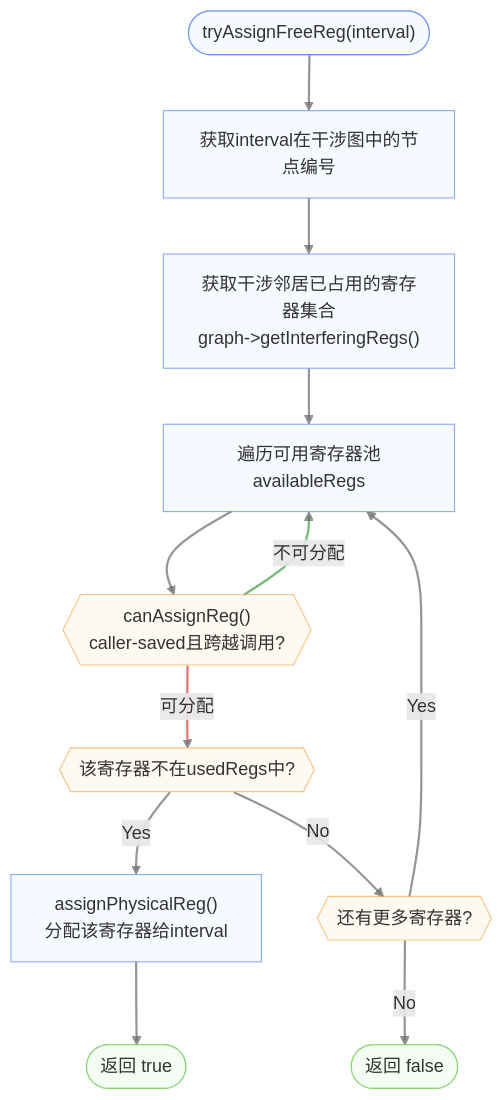
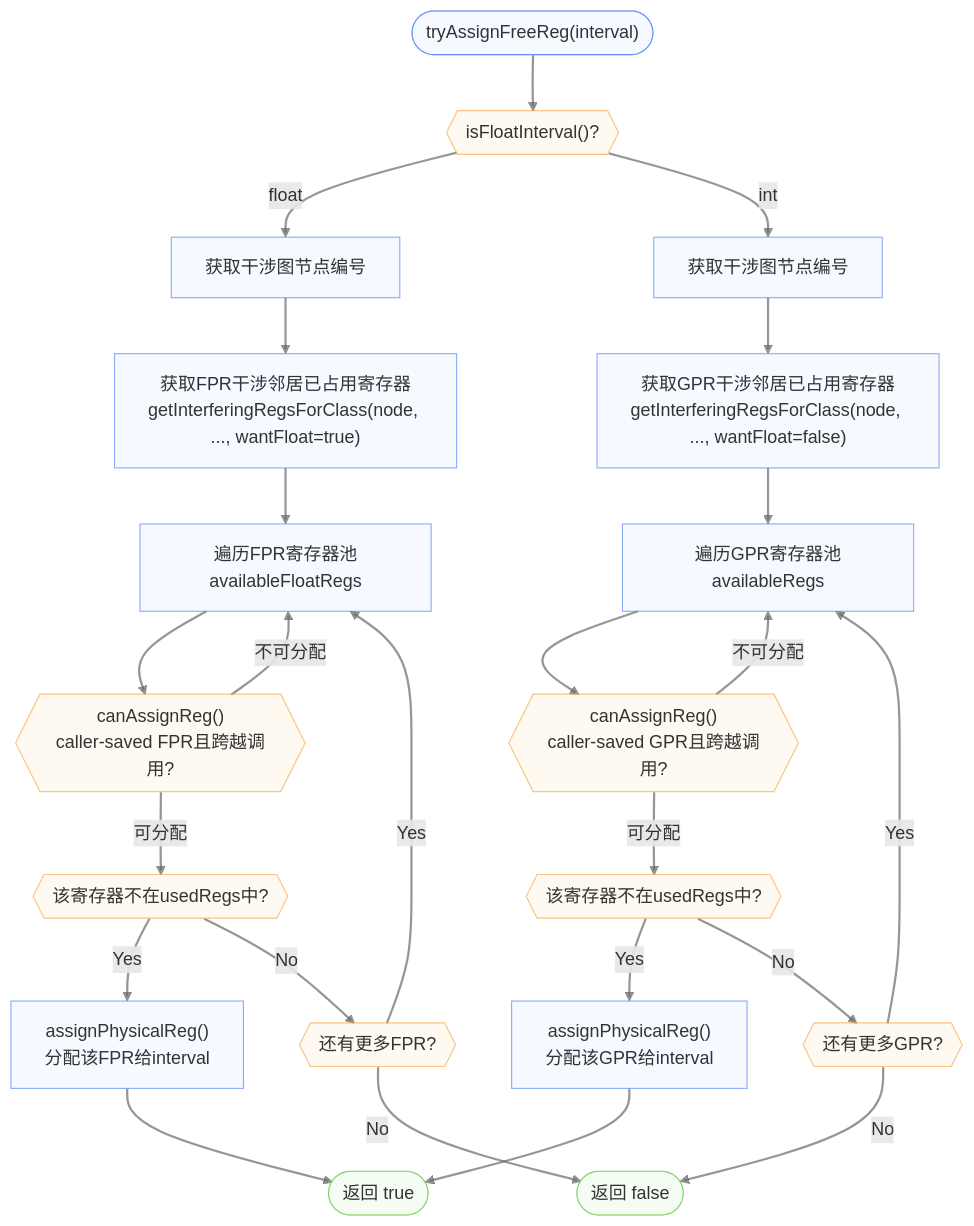
Before and after one commit to LLLLLLLLazy/compiler-lite: the sixth of 7 diagrams in docs/backend-regalloc.md, drawn with Mermaid. The commit also changed other lines of this file and 19 other files, not shown here.

````diff
--- a/docs/backend-regalloc.md
+++ b/docs/backend-regalloc.md
@@ -167,31 +168,44 @@
 ```mermaid
 flowchart TD
-    Start(["tryAssignFreeReg(interval)"]) --> GetNode["获取interval在干涉图中的节点编号"]
-    GetNode --> GetUsed["获取干涉邻居已占用的寄存器集合<br>graph->getInterferingRegs()"]
-    GetUsed --> NextReg["遍历可用寄存器池availableRegs"]
-    NextReg --> CanAssign{{"canAssignReg()<br>caller-saved且跨越调用?"}}
+    Start(["tryAssignFreeReg(interval)"]) --> Classify{{"isFloatInterval()?"}}
+    Classify -- "float" --> GetNodeF["获取干涉图节点编号"]
+    Classify -- "int" --> GetNodeI["获取干涉图节点编号"]
 
-    CanAssign -- "不可分配" --> NextReg
-    CanAssign -- "可分配" --> NotUsed{{"该寄存器不在usedRegs中?"}}
+    GetNodeF --> GetUsedF["获取FPR干涉邻居已占用寄存器<br>getInterferingRegsForClass(node, ..., wantFloat=true)"]
+    GetNodeI --> GetUsedI["获取GPR干涉邻居已占用寄存器<br>getInterferingRegsForClass(node, ..., wantFloat=false)"]
 
-    NotUsed -- "Yes" --> Assign["assignPhysicalReg()<br>分配该寄存器给interval"]
-    Assign --> Success(["返回 true"])
+    GetUsedF --> NextRegF["遍历FPR寄存器池availableFloatRegs"]
+    GetUsedI --> NextRegI["遍历GPR寄存器池availableRegs"]
 
-    NotUsed -- "No" --> MoreReg{{"还有更多寄存器?"}}
-    MoreReg -- "Yes" --> NextReg
-    MoreReg -- "No" --> Fail(["返回 false"])
+    NextRegF --> CanAssignF{{"canAssignReg()<br>caller-saved FPR且跨越调用?"}}
+    NextRegI --> CanAssignI{{"canAssignReg()<br>caller-saved GPR且跨越调用?"}}
+
+    CanAssignF -- "不可分配" --> NextRegF
+    CanAssignF -- "可分配" --> NotUsedF{{"该寄存器不在usedRegs中?"}}
+    CanAssignI -- "不可分配" --> NextRegI
+    CanAssignI -- "可分配" --> NotUsedI{{"该寄存器不在usedRegs中?"}}
+
+    NotUsedF -- "Yes" --> AssignF["assignPhysicalReg()<br>分配该FPR给interval"]
+    NotUsedF -- "No" --> MoreRegF{{"还有更多FPR?"}}
+    NotUsedI -- "Yes" --> AssignI["assignPhysicalReg()<br>分配该GPR给interval"]
+    NotUsedI -- "No" --> MoreRegI{{"还有更多GPR?"}}
+
+    AssignF --> Success(["返回 true"])
+    AssignI --> Success
+    MoreRegF -- "Yes" --> NextRegF
+    MoreRegF -- "No" --> Fail(["返回 false"])
+    MoreRegI -- "Yes" --> NextRegI
+    MoreRegI -- "No" --> Fail
 
     %%Node styles
     classDef default fill:#E2EAFE4F,stroke:#5A88F6AF
     classDef endNode fill:#DDF4D84F,stroke:#7DCF62AF
     classDef decisionNode fill:#FCEBD34f,stroke:#F6AA4BAF
 
     %%Link styles
     linkStyle default stroke:#666666AF,stroke-width:2px
-    linkStyle 4 stroke:#339933AF,stroke-width:2px
-    linkStyle 5 stroke:#DD3333AF,stroke-width:2px
 
     %%Node classes
     class Success,Fail endNode
-    class CanAssign,NotUsed,MoreReg decisionNode
+    class Classify,CanAssignF,CanAssignI,NotUsedF,NotUsedI,MoreRegF,MoreRegI decisionNode
 ```
````
